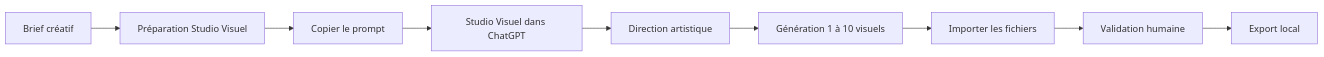
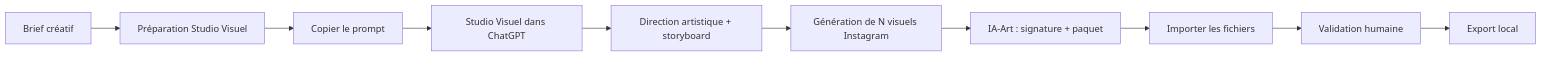
Before and after one commit to Etorrent-Org/visual-ai-studio: the diagram in README.md, drawn with Mermaid. The commit also changed other lines of this file, not shown here.

````diff
--- a/README.md
+++ b/README.md
@@ -44,11 +73,12 @@
 ```mermaid
 flowchart LR
     A[Brief créatif] --> B[Préparation Studio Visuel]
     B --> C[Copier le prompt]
     C --> D[Studio Visuel dans ChatGPT]
-    D --> E[Direction artistique]
-    E --> F[Génération 1 à 10 visuels]
-    F --> G[Importer les fichiers]
-    G --> H[Validation humaine]
-    H --> I[Export local]
+    D --> E[Direction artistique + storyboard]
+    E --> F[Génération de N visuels Instagram]
+    F --> G[IA-Art : signature + paquet]
+    G --> H[Importer les fichiers]
+    H --> I[Validation humaine]
+    I --> J[Export local]
 ```
````
